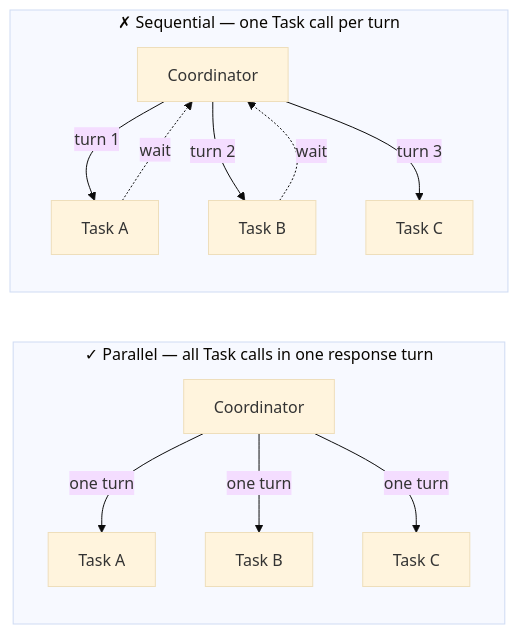
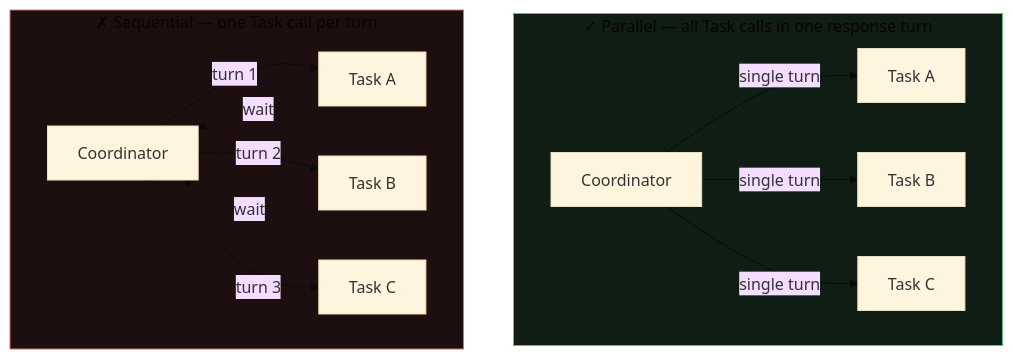
The fourth of 4 diagrams in src/content/lessons/agentic-architecture.md (nosferatujon/claude-code-academy), drawn with Mermaid (base theme) before and after one commit. The commit also changed 2 other files, not shown here.

Commit message:
Fix three broken Mermaid diagrams
Parallel/sequential: switch flowchart LR→TD and remove direction TB
overrides inside subgraphs (buggy in Mermaid); add colored subgraph
backgrounds to distinguish the two cases.

Validation-retry: move verbose detail out of edge labels into the
node label where it fits; shorten edge labels to single phrases.

Lost-in-the-middle: drop invisible gap nodes (unreliable hack) and
replace with a clean three-node subgraph using directed arrows.

````diff
--- a/src/content/lessons/agentic-architecture.md
+++ b/src/content/lessons/agentic-architecture.md
@@ -158,17 +158,17 @@
 ```mermaid
-flowchart LR
+flowchart TD
     subgraph par ["✓ Parallel — all Task calls in one response turn"]
-        direction TB
-        Cp["Coordinator"] -->|"one turn"| T1["Task A"]
-        Cp -->|"one turn"| T2["Task B"]
-        Cp -->|"one turn"| T3["Task C"]
+        Cp["Coordinator"] -->|"single turn"| T1["Task A"]
+        Cp -->|"single turn"| T2["Task B"]
+        Cp -->|"single turn"| T3["Task C"]
     end
     subgraph seq ["✗ Sequential — one Task call per turn"]
-        direction TB
         Cs["Coordinator"] -->|"turn 1"| T4["Task A"]
         T4 -.->|"wait"| Cs
         Cs -->|"turn 2"| T5["Task B"]
         T5 -.->|"wait"| Cs
         Cs -->|"turn 3"| T6["Task C"]
     end
+    style par fill:#0f1d14,stroke:#5bbf7a
+    style seq fill:#1d0f0f,stroke:#e06c6c
 ```
````
